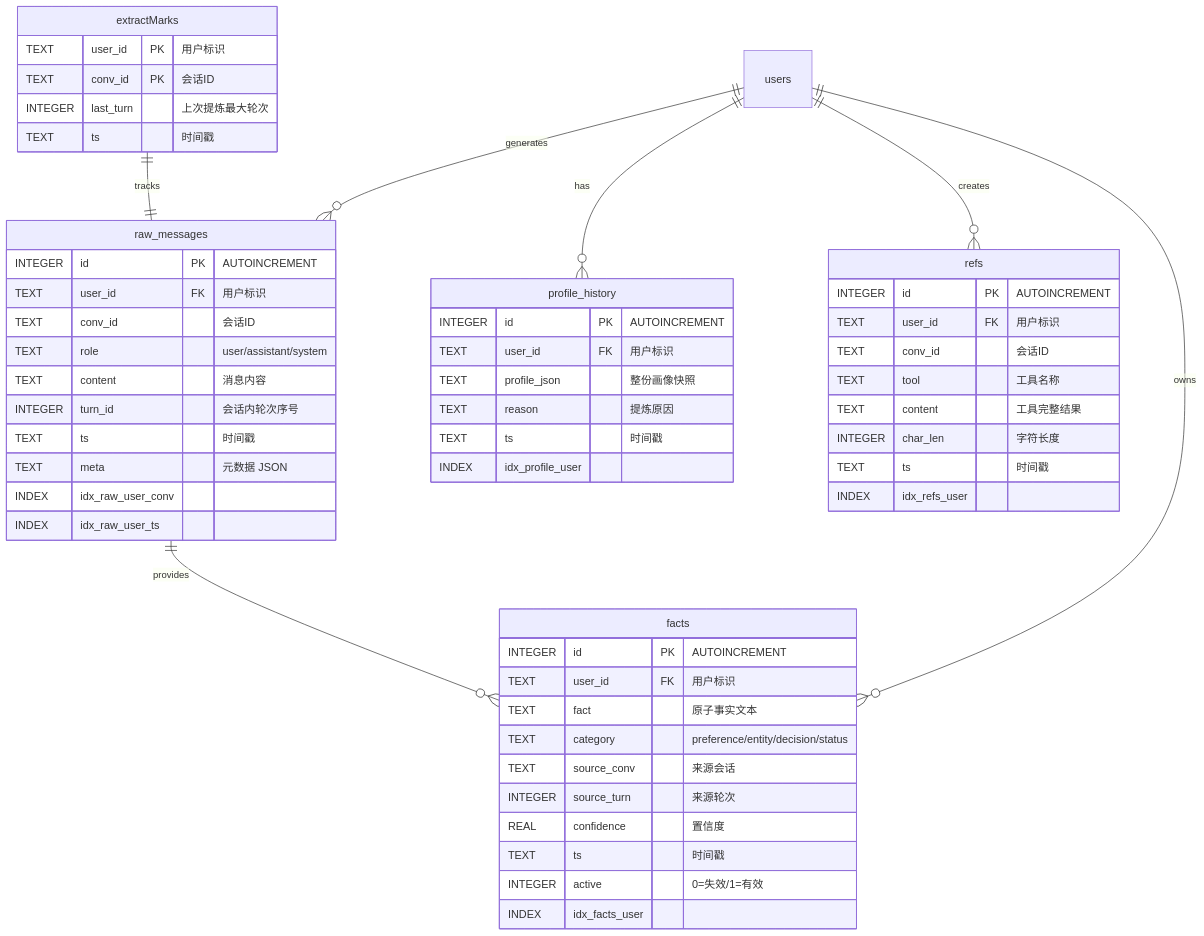
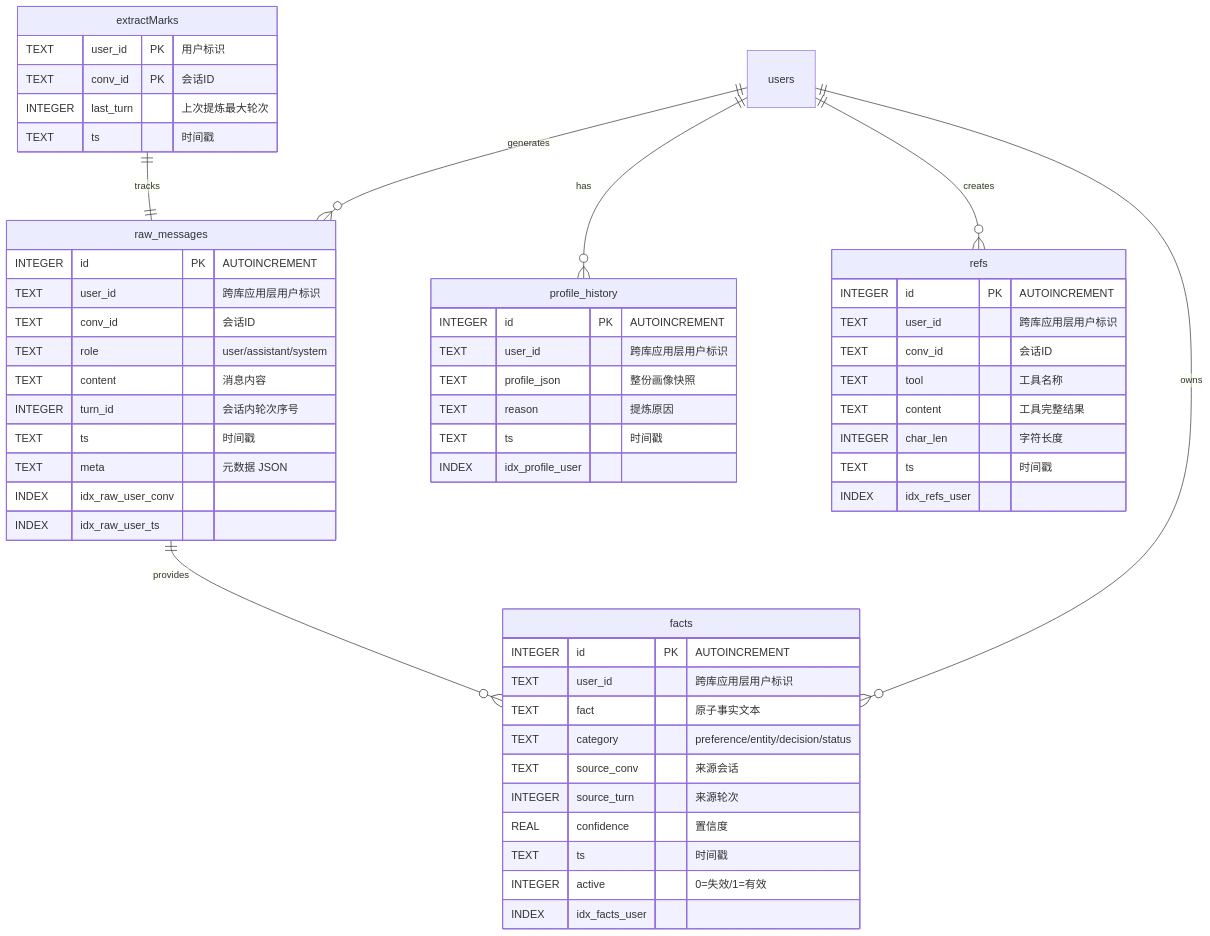
One commit to iam-epiphany/XGuide changed the third of 6 diagrams in docs/database-er.md. Above: the diagram before and after it, drawn with Mermaid. The commit also changed other lines of this file and 159 other files, not shown here.

````diff
--- a/docs/database-er.md
+++ b/docs/database-er.md
@@ -252,71 +266,71 @@
 ```mermaid
 erDiagram
     raw_messages ||--o{ facts : provides
     extractMarks ||--|| raw_messages : tracks
     users ||--o{ raw_messages : generates
     users ||--o{ facts : owns
     users ||--o{ profile_history : has
     users ||--o{ refs : creates
 
     raw_messages {
         INTEGER id PK "AUTOINCREMENT"
-        TEXT user_id FK "用户标识"
+        TEXT user_id "跨库应用层用户标识"
         TEXT conv_id "会话ID"
         TEXT role "user/assistant/system"
         TEXT content "消息内容"
         INTEGER turn_id "会话内轮次序号"
         TEXT ts "时间戳"
         TEXT meta "元数据 JSON"
     }
 
     facts {
         INTEGER id PK "AUTOINCREMENT"
-        TEXT user_id FK "用户标识"
+        TEXT user_id "跨库应用层用户标识"
         TEXT fact "原子事实文本"
         TEXT category "preference/entity/decision/status"
         TEXT source_conv "来源会话"
         INTEGER source_turn "来源轮次"
         REAL confidence "置信度"
         TEXT ts "时间戳"
         INTEGER active "0=失效/1=有效"
     }
 
     profile_history {
         INTEGER id PK "AUTOINCREMENT"
-        TEXT user_id FK "用户标识"
+        TEXT user_id "跨库应用层用户标识"
         TEXT profile_json "整份画像快照"
         TEXT reason "提炼原因"
         TEXT ts "时间戳"
     }
 
     refs {
         INTEGER id PK "AUTOINCREMENT"
-        TEXT user_id FK "用户标识"
+        TEXT user_id "跨库应用层用户标识"
         TEXT conv_id "会话ID"
         TEXT tool "工具名称"
         TEXT content "工具完整结果"
         INTEGER char_len "字符长度"
         TEXT ts "时间戳"
     }
 
     extractMarks {
         TEXT user_id PK "用户标识"
         TEXT conv_id PK "会话ID"
         INTEGER last_turn "上次提炼最大轮次"
         TEXT ts "时间戳"
     }
 
     raw_messages {
         INDEX idx_raw_user_conv
         INDEX idx_raw_user_ts
     }
     facts {
         INDEX idx_facts_user
     }
     profile_history {
         INDEX idx_profile_user
     }
     refs {
         INDEX idx_refs_user
     }
 ```
````
